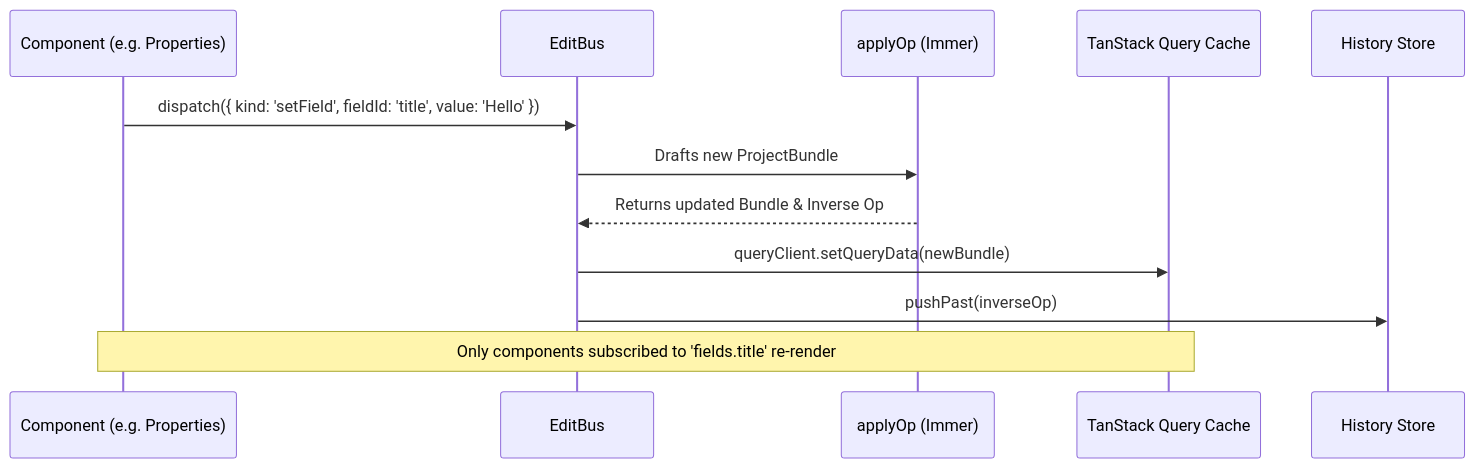
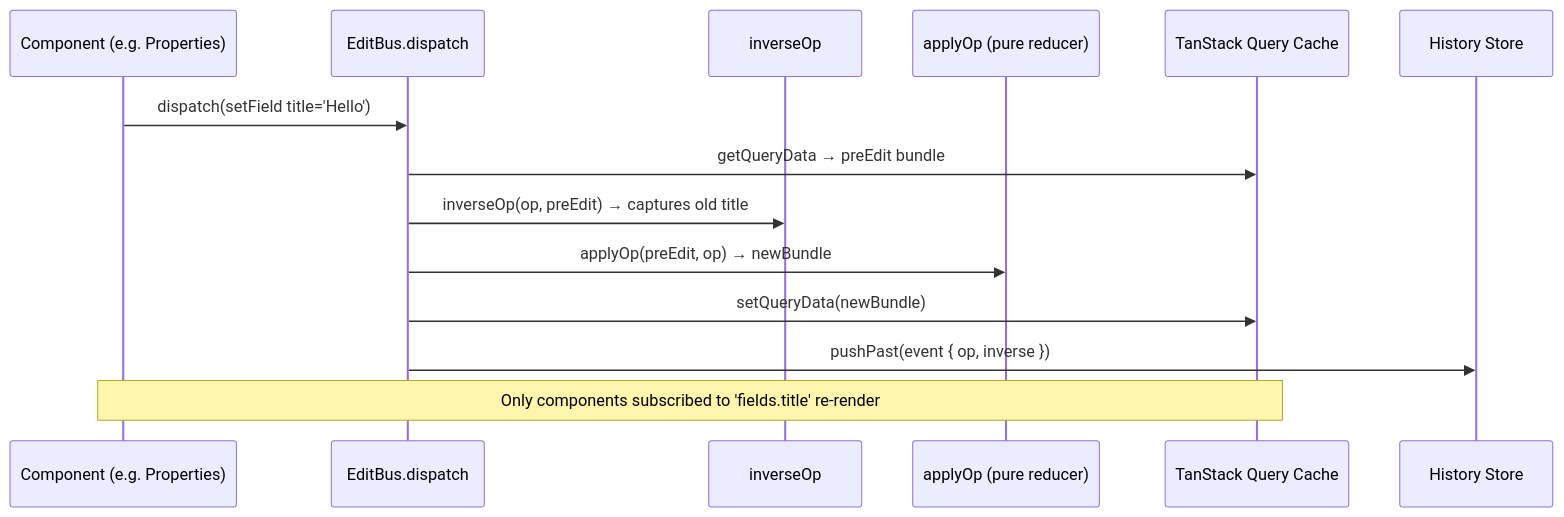
One commit to quanhua92/openvideokit changed the first of 2 diagrams in docs/web/state.md. Above: the diagram before and after it, drawn with Mermaid. The commit also changed other lines of this file and 3 other files, not shown here.

First line of the commit message:
docs(web): document undo/redo architecture, pre-edit inverse capture, and provider lift

````diff
--- a/docs/web/state.md
+++ b/docs/web/state.md
@@ -11,15 +11,17 @@
 ```mermaid
 sequenceDiagram
     participant UI as Component (e.g. Properties)
-    participant Bus as EditBus
-    participant Immer as applyOp (Immer)
+    participant Bus as EditBus.dispatch
+    participant Inv as inverseOp
+    participant Apply as applyOp (pure reducer)
     participant Cache as TanStack Query Cache
     participant History as History Store
 
-    UI->>Bus: dispatch({ kind: 'setField', fieldId: 'title', value: 'Hello' })
-    Bus->>Immer: Drafts new ProjectBundle
-    Immer-->>Bus: Returns updated Bundle & Inverse Op
-    Bus->>Cache: queryClient.setQueryData(newBundle)
-    Bus->>History: pushPast(inverseOp)
+    UI->>Bus: dispatch(setField title='Hello')
+    Bus->>Cache: getQueryData → preEdit bundle
+    Bus->>Inv: inverseOp(op, preEdit) → captures old title
+    Bus->>Apply: applyOp(preEdit, op) → newBundle
+    Bus->>Cache: setQueryData(newBundle)
+    Bus->>History: pushPast(event { op, inverse })
     Note over UI,Cache: Only components subscribed to 'fields.title' re-render
 ```
````
